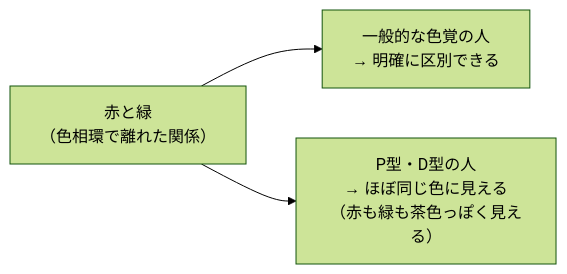
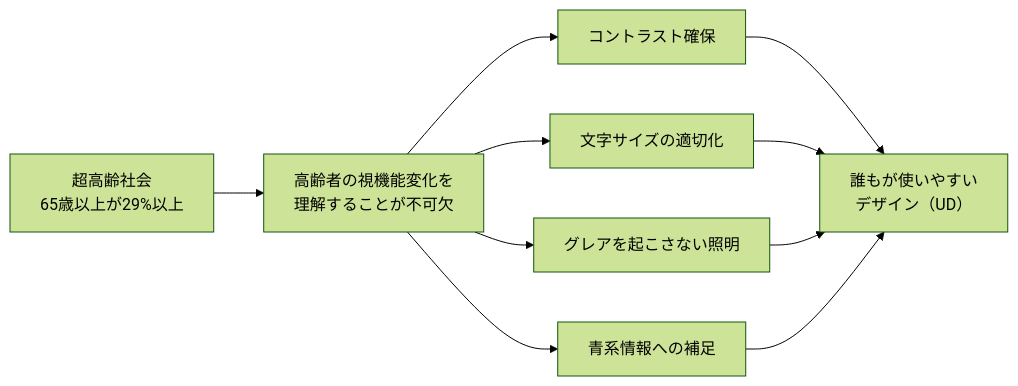
One commit to ozaki25/color-coordination-training-ozaki25 changed the second of 2 diagrams in docs/lessons/lesson21/index.md. Above: the diagram before and after it, drawn with Mermaid (forest theme). The commit also changed other lines of this file and 39 other files, not shown here.

````diff
--- a/docs/lessons/lesson21/index.md
+++ b/docs/lessons/lesson21/index.md
@@ -75,6 +127,12 @@
 ```mermaid
 graph LR
-    A["赤と緑\n（色相環で離れた関係）"]
-    A --> B["一般的な色覚の人\n→ 明確に区別できる"]
-    A --> C["P型・D型の人\n→ ほぼ同じ色に見える\n（赤も緑も茶色っぽく見える）"]
+    A["超高齢社会\n65歳以上が29%以上"] --> B["高齢者の視機能変化を\n理解することが不可欠"]
+    B --> C["コントラスト確保"]
+    B --> D["文字サイズの適切化"]
+    B --> E["グレアを起こさない照明"]
+    B --> F["青系情報への補足"]
+    C --> G["誰もが使いやすい\nデザイン（UD）"]
+    D --> G
+    E --> G
+    F --> G
 ```
````
